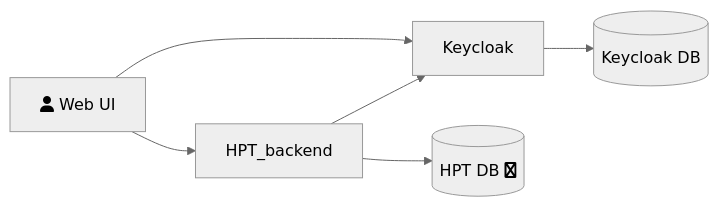
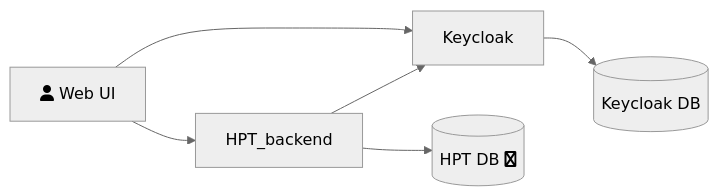
Before and after one commit to bastoker/testcontainers-workshop: the diagram in README.md, drawn with Mermaid (neutral theme).

````diff
--- a/README.md
+++ b/README.md
@@ -21,8 +21,9 @@
 ```mermaid
 graph LR;
     HPT_UI[fa:fa-user Web UI]-->HPT_backend
     HPT_UI[fa:fa-user Web UI]-->Keycloak
     HPT_backend-->PostgreSQL_hpt[(HPT DB fa:fa-docker)];
     HPT_backend-->Keycloak;
     Keycloak-->PostgreSQL_keycloak[(Keycloak DB)];
+    PostgreSQL_hpt ~~~ PostgreSQL_keycloak
 ```
````
